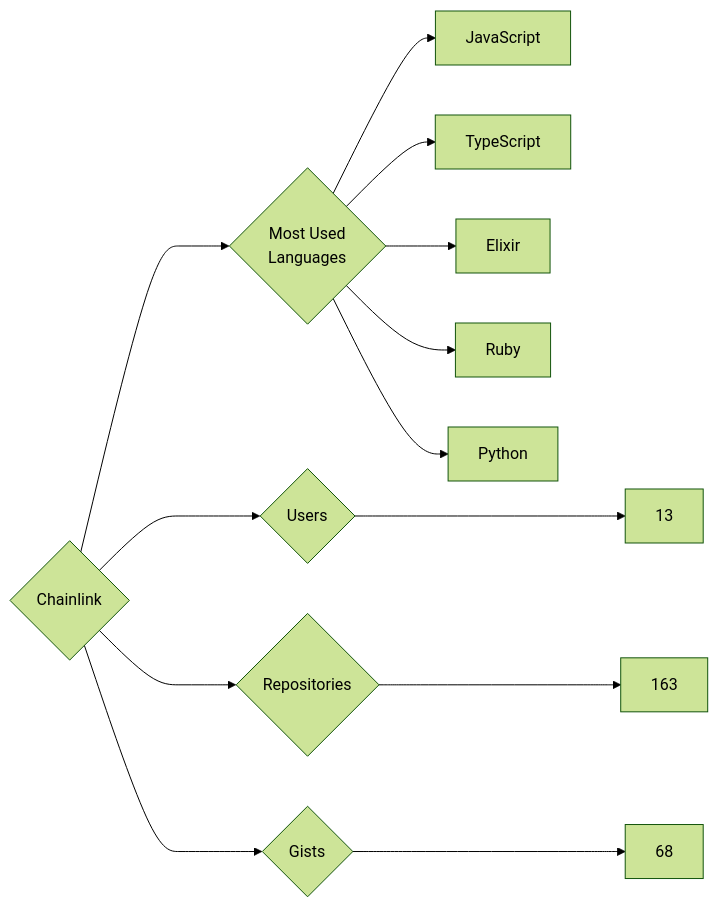
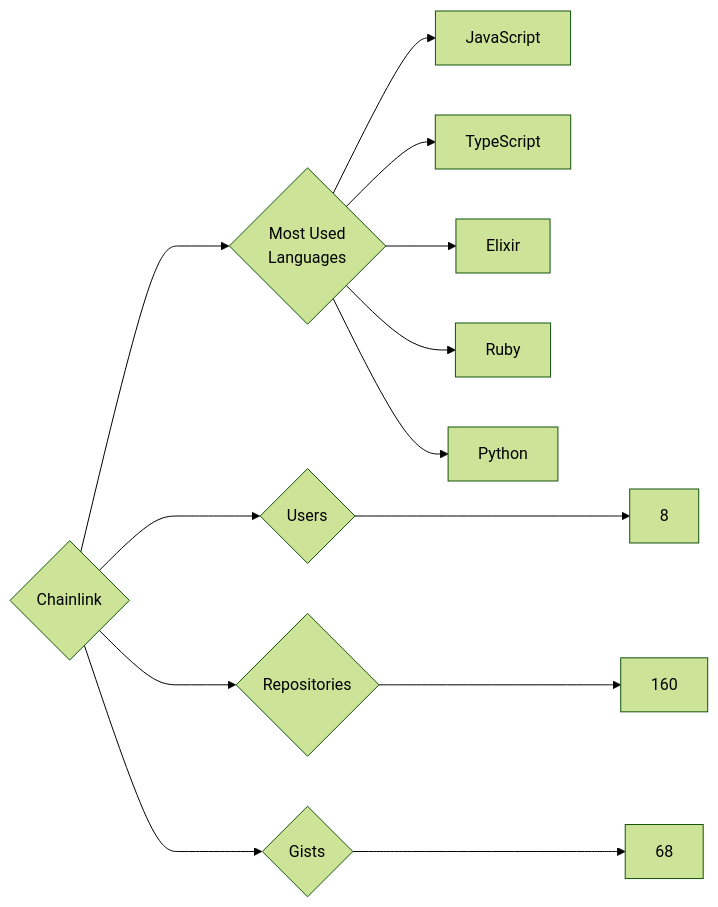
The diagram in targets/Chainlink/README.md (trickest/insiders), drawn with Mermaid (forest theme) before and after one commit. The commit also changed 859 other files, not shown here.

````diff
--- a/targets/Chainlink/README.md
+++ b/targets/Chainlink/README.md
@@ -3,13 +3,13 @@
 ```mermaid
 graph LR
 COMPANY_NAME{Chainlink}
-COMPANY_NAME ---> U{Users} ---> UN[13]
-COMPANY_NAME ---> R{Repositories} ---> RN[163]
+COMPANY_NAME ---> U{Users} ---> UN[8]
+COMPANY_NAME ---> R{Repositories} ---> RN[160]
 COMPANY_NAME ---> G{Gists} ---> GN[68]
 COMPANY_NAME ---> ML{Most Used<br>Languages}
 ML --> JavaScript[JavaScript]
 ML --> TypeScript[TypeScript]
 ML --> Elixir[Elixir]
 ML --> Ruby[Ruby]
 ML --> Python[Python]
 ```
````
